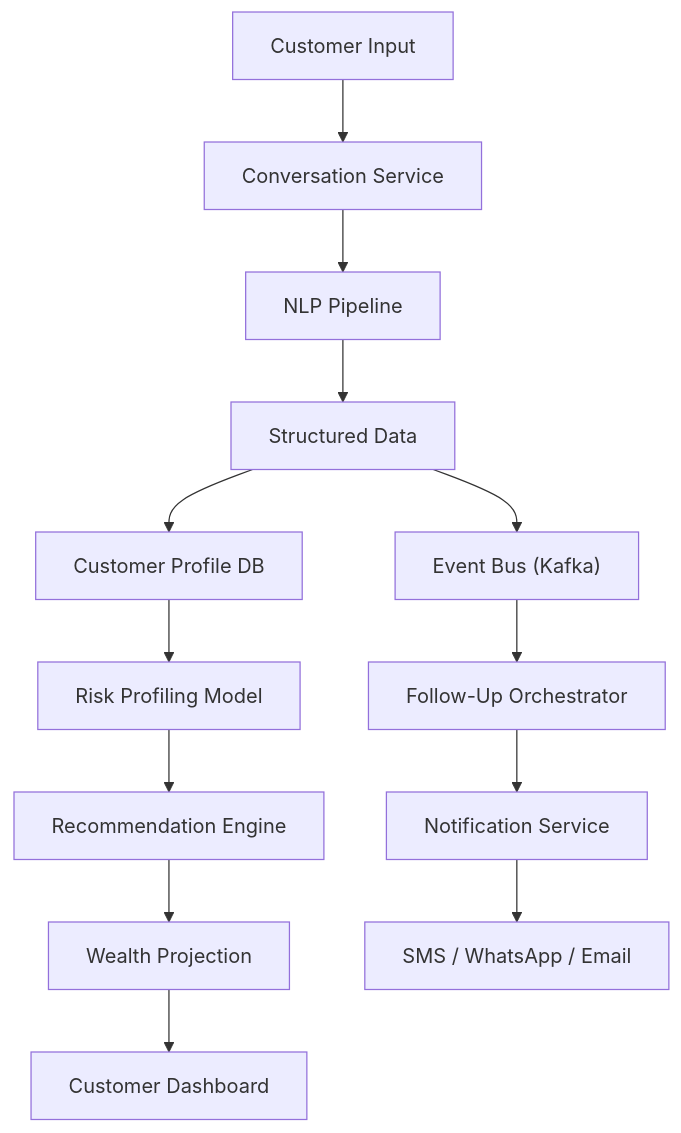
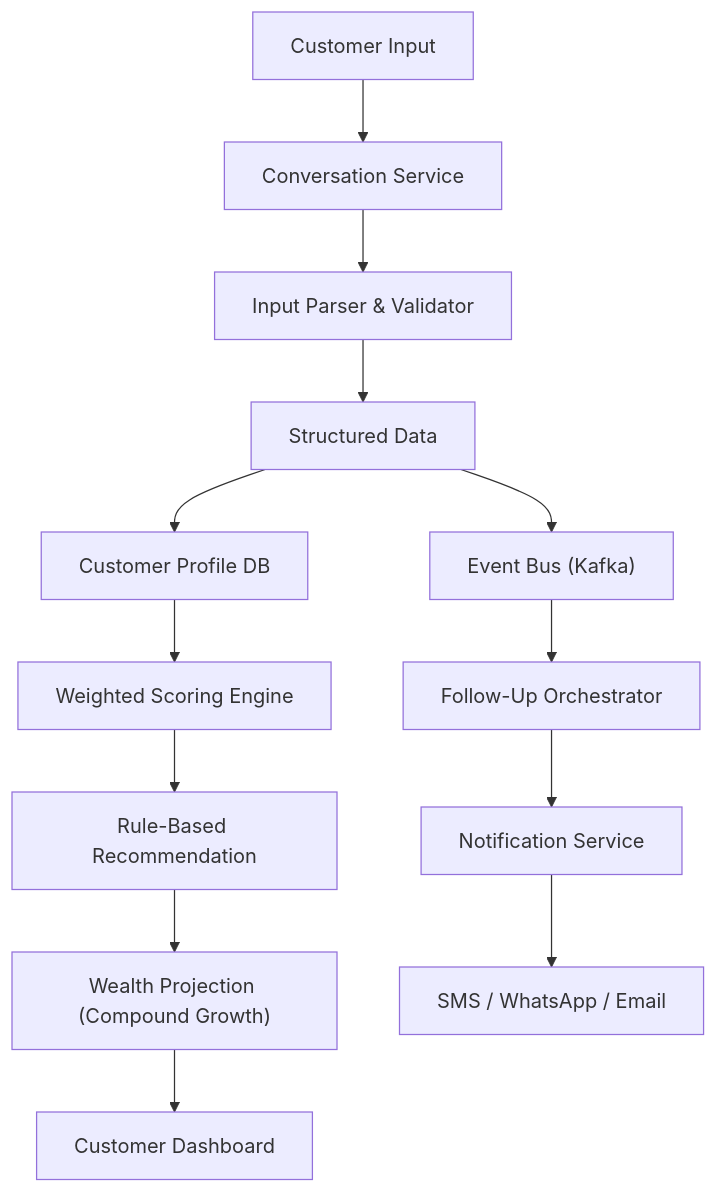
One commit to Cognition-Partner-Workshops/uc-framework-upgrade-monolith-to-microservices changed the third of 4 diagrams in docs/design/01-architecture-document.md. Above: the diagram before and after it, drawn with Mermaid. The commit also changed other lines of this file and 4 other files, not shown here.

````diff
--- a/docs/design/01-architecture-document.md
+++ b/docs/design/01-architecture-document.md
@@ -348,15 +347,15 @@
 ```mermaid
 flowchart TD
     A["Customer Input"] --> B["Conversation Service"]
-    B --> C["NLP Pipeline"]
+    B --> C["Input Parser & Validator"]
     C --> D["Structured Data"]
     D --> E["Customer Profile DB"]
     D --> F["Event Bus (Kafka)"]
-    E --> G["Risk Profiling Model"]
+    E --> G["Weighted Scoring Engine"]
     F --> H["Follow-Up Orchestrator"]
-    G --> I["Recommendation Engine"]
+    G --> I["Rule-Based Recommendation"]
     H --> J["Notification Service"]
-    I --> K["Wealth Projection"]
+    I --> K["Wealth Projection (Compound Growth)"]
     J --> L["SMS / WhatsApp / Email"]
     K --> M["Customer Dashboard"]
 ```
````
